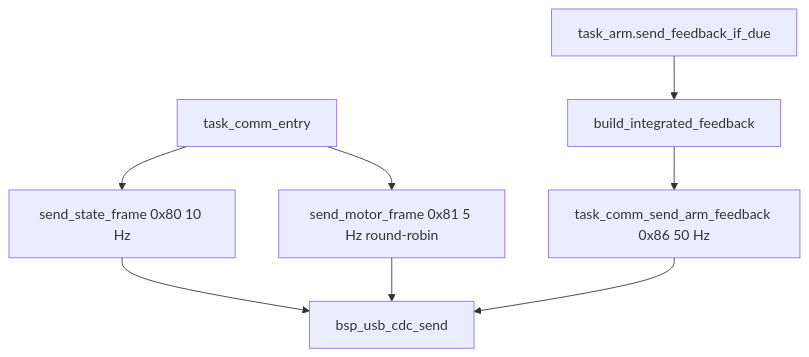
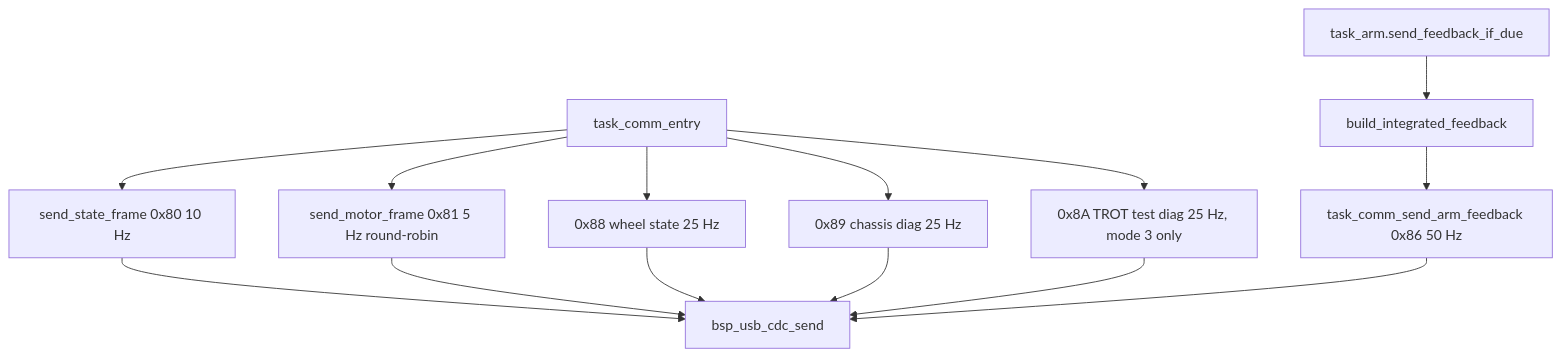
One commit to perfectYYY/FengMH changed the fourth of 4 diagrams in docs/unified_control_code_map.md. Above: the diagram before and after it, drawn with Mermaid. The commit also changed other lines of this file and 17 other files, not shown here.

````diff
--- a/docs/unified_control_code_map.md
+++ b/docs/unified_control_code_map.md
@@ -133,10 +133,16 @@
 ```mermaid
 flowchart TD
     COMM_TASK["task_comm_entry"] --> STATE["send_state_frame 0x80 10 Hz"]
     COMM_TASK --> MOTOR["send_motor_frame 0x81 5 Hz round-robin"]
+    COMM_TASK --> WHEEL["0x88 wheel state 25 Hz"]
+    COMM_TASK --> DIAG["0x89 chassis diag 25 Hz"]
+    COMM_TASK --> TROT_DIAG["0x8A TROT test diag 25 Hz, mode 3 only"]
     ARM_TASK["task_arm.send_feedback_if_due"] --> BUILD["build_integrated_feedback"]
     BUILD --> FB["task_comm_send_arm_feedback 0x86 50 Hz"]
     STATE --> USB["bsp_usb_cdc_send"]
     MOTOR --> USB
+    WHEEL --> USB
+    DIAG --> USB
+    TROT_DIAG --> USB
     FB --> USB
 ```
````
